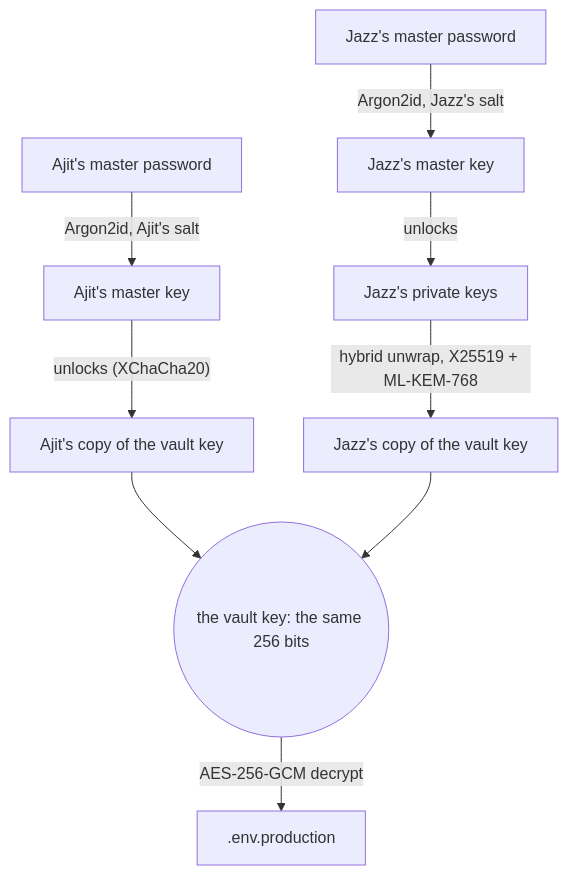
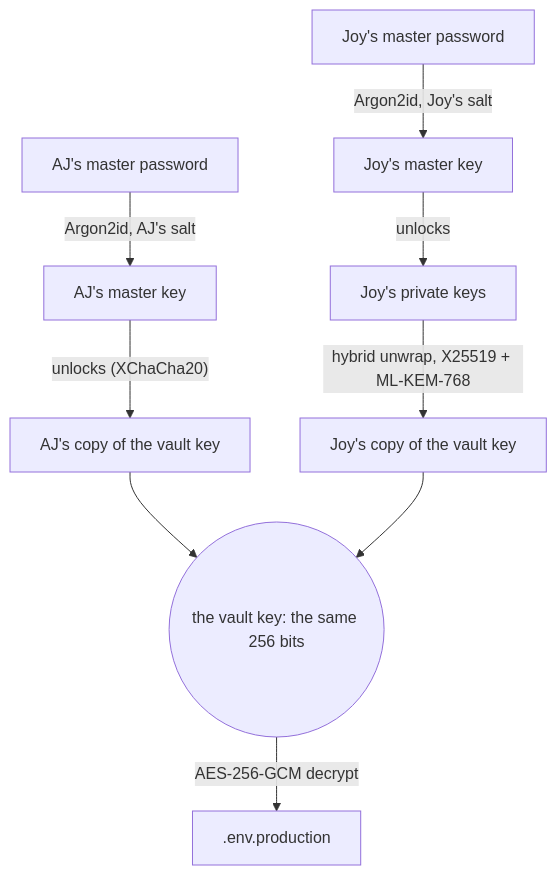
One commit to urwithajit9/evnx-web changed the first of 10 diagrams in packages/docs-content/guides/reference/how-vault-sharing-works.mdx. Above: the diagram before and after it, drawn with Mermaid. The commit also changed other lines of this file and 1 other file, not shown here.

First line of the commit message:
docs: vault-sharing guide — AJ, Joy and Roy, with job roles

````diff
--- a/packages/docs-content/guides/reference/how-vault-sharing-works.mdx
+++ b/packages/docs-content/guides/reference/how-vault-sharing-works.mdx
@@ -87,11 +87,11 @@
 ```mermaid
 flowchart TB
-  PA["Ajit's master password"] -->|"Argon2id, Ajit's salt"| MKA["Ajit's master key"]
-  MKA -->|"unlocks (XChaCha20)"| CA["Ajit's copy of the vault key"]
-  PJ["Jazz's master password"] -->|"Argon2id, Jazz's salt"| MKJ["Jazz's master key"]
-  MKJ -->|"unlocks"| SKJ["Jazz's private keys"]
-  SKJ -->|"hybrid unwrap, X25519 + ML-KEM-768"| CJ["Jazz's copy of the vault key"]
+  PA["AJ's master password"] -->|"Argon2id, AJ's salt"| MKA["AJ's master key"]
+  MKA -->|"unlocks (XChaCha20)"| CA["AJ's copy of the vault key"]
+  PJ["Joy's master password"] -->|"Argon2id, Joy's salt"| MKJ["Joy's master key"]
+  MKJ -->|"unlocks"| SKJ["Joy's private keys"]
+  SKJ -->|"hybrid unwrap, X25519 + ML-KEM-768"| CJ["Joy's copy of the vault key"]
   CA --> VK(("the vault key: the same 256 bits"))
   CJ --> VK
   VK -->|"AES-256-GCM decrypt"| ENV[".env.production"]
 ```
````
